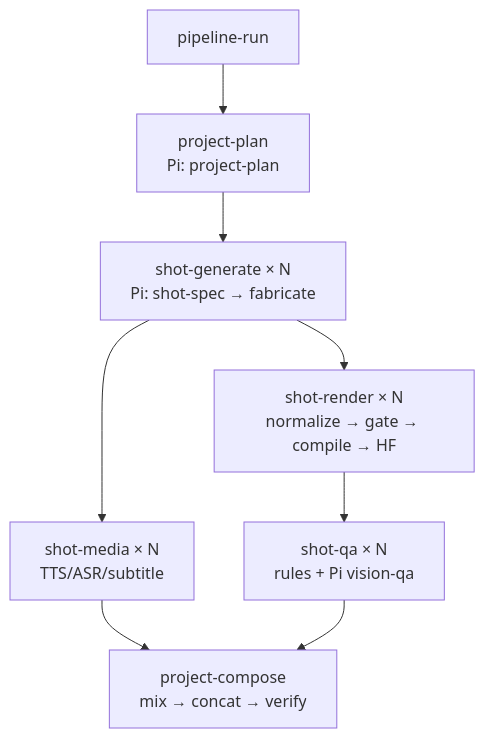
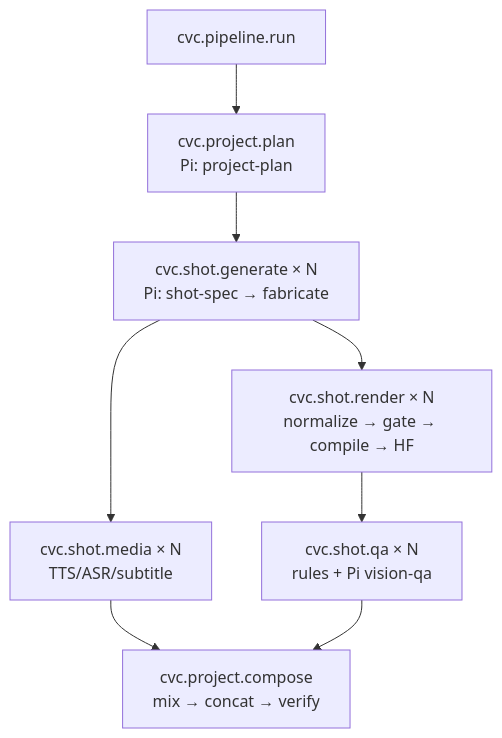
The second of 2 diagrams in docs/plans/2026-07-24-refactor-blueprint-02-target-architecture.md (AIMFllyYS/code-video-canvas), drawn with Mermaid before and after one commit. The commit also changed other lines of this file and 19 other files, not shown here.

````diff
--- a/docs/plans/2026-07-24-refactor-blueprint-02-target-architecture.md
+++ b/docs/plans/2026-07-24-refactor-blueprint-02-target-architecture.md
@@ -184,18 +196,18 @@
 ```mermaid
 flowchart TD
-  Run["pipeline-run"]
-  Plan["project-plan<br/>Pi: project-plan"]
-  Generate["shot-generate × N<br/>Pi: shot-spec → fabricate"]
-  Media["shot-media × N<br/>TTS/ASR/subtitle"]
-  Render["shot-render × N<br/>normalize → gate → compile → HF"]
-  QA["shot-qa × N<br/>rules + Pi vision-qa"]
-  Compose["project-compose<br/>mix → concat → verify"]
+  Run["cvc.pipeline.run"]
+  Plan["cvc.project.plan<br/>Pi: project-plan"]
+  Generate["cvc.shot.generate × N<br/>Pi: shot-spec → fabricate"]
+  Media["cvc.shot.media × N<br/>TTS/ASR/subtitle"]
+  Render["cvc.shot.render × N<br/>normalize → gate → compile → HF"]
+  QA["cvc.shot.qa × N<br/>rules + Pi vision-qa"]
+  Compose["cvc.project.compose<br/>mix → concat → verify"]
 
   Run --> Plan
   Plan --> Generate
   Generate --> Render
   Generate --> Media
   Render --> QA
   Media --> Compose
   QA --> Compose
 ```
````
